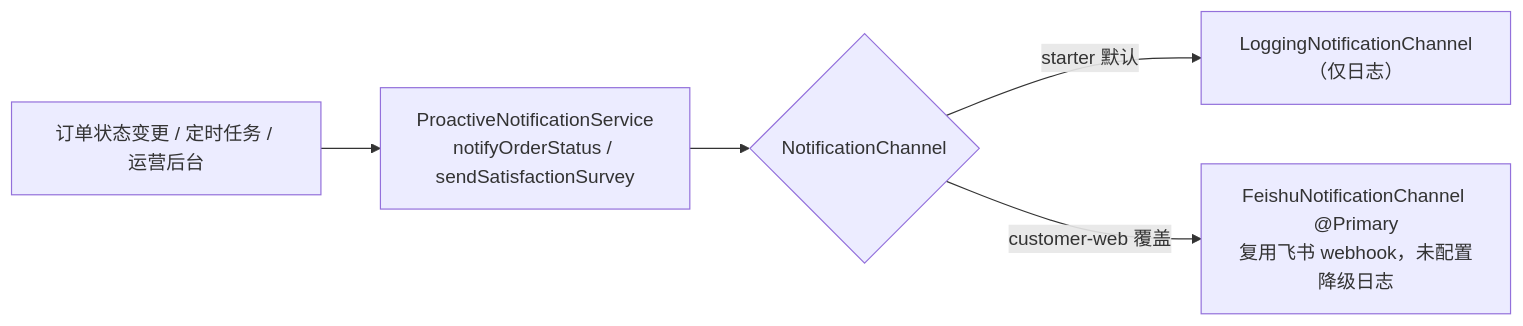
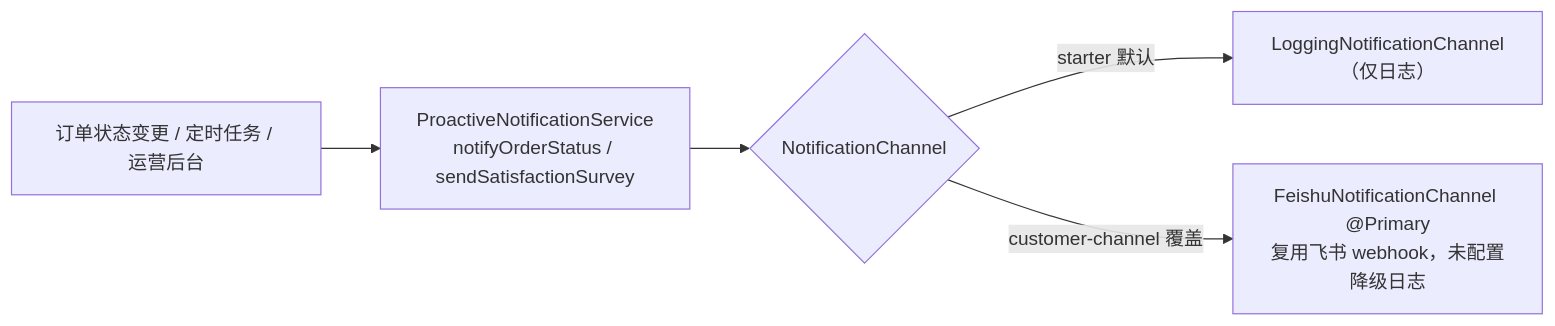
Diagram 23 of 31 in docs/详细技术文档.md (liulangjietou/customer_work), drawn with Mermaid before and after one commit. The commit also changed other lines of this file and 64 other files, not shown here.

First line of the commit message:
refactor(module): 移除 customer-work-downstream-app，customer-web 改名 customer-channel

````diff
--- a/docs/详细技术文档.md
+++ b/docs/详细技术文档.md
@@ -804,7 +804,7 @@
 ```mermaid
 flowchart LR
     EV["订单状态变更 / 定时任务 / 运营后台"] --> SVC["ProactiveNotificationService<br/>notifyOrderStatus / sendSatisfactionSurvey"]
     SVC --> CH{NotificationChannel}
     CH -->|starter 默认| LOG["LoggingNotificationChannel（仅日志）"]
-    CH -->|customer-web 覆盖| FS["FeishuNotificationChannel @Primary<br/>复用飞书 webhook，未配置降级日志"]
+    CH -->|customer-channel 覆盖| FS["FeishuNotificationChannel @Primary<br/>复用飞书 webhook，未配置降级日志"]
 ```
````
